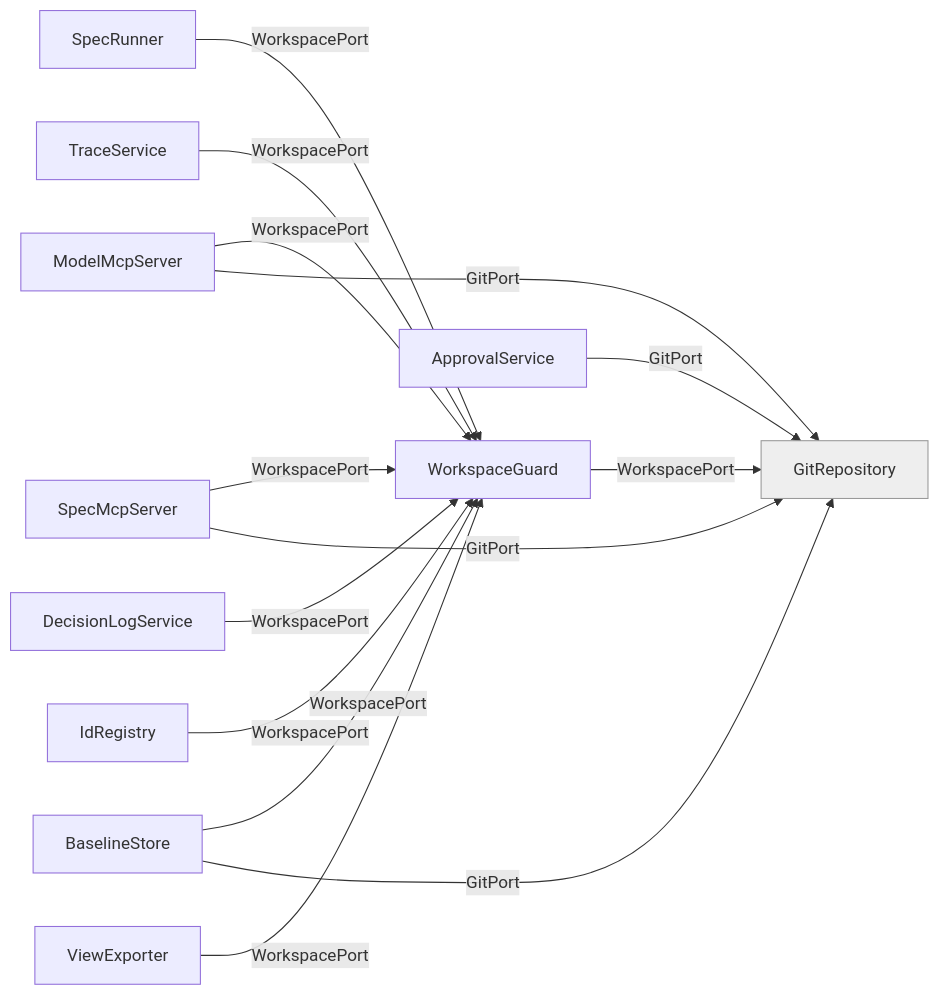
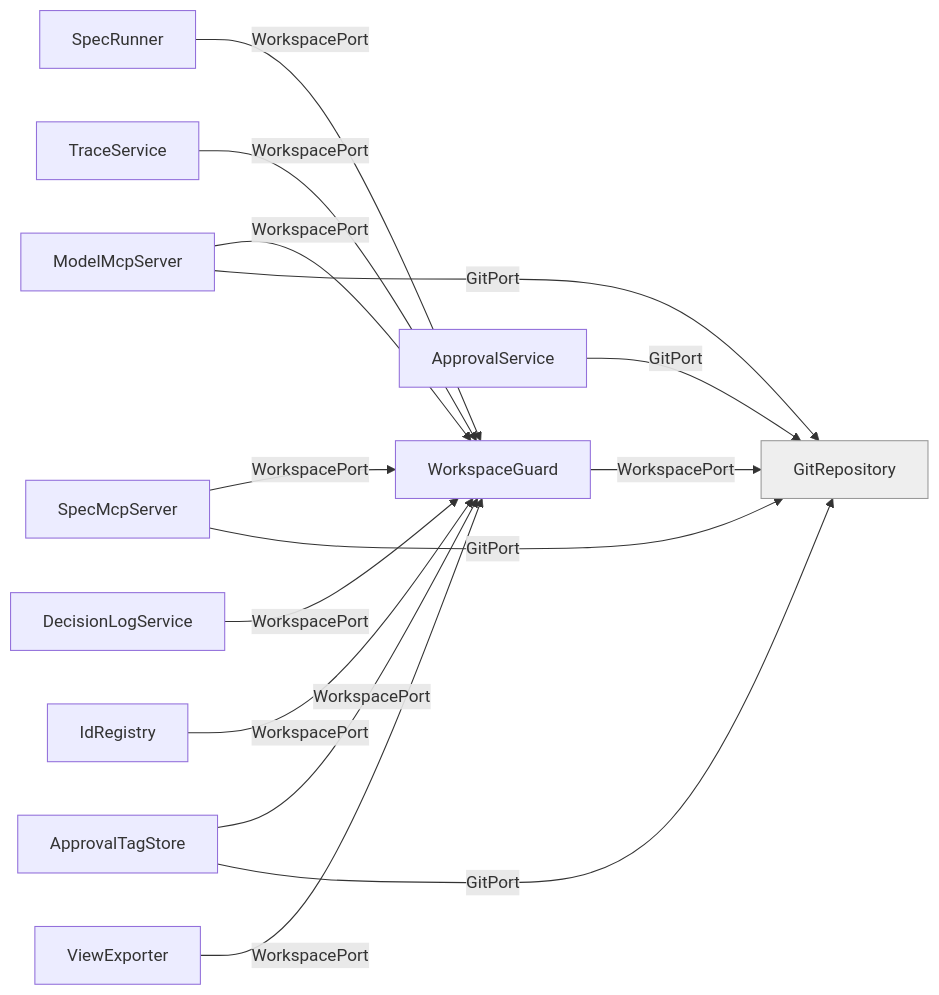
The diagram in docs/diagrams/01d_view_storage.mmd (DanielLockau-MLPA/specflow), drawn with Mermaid before and after one commit. The commit also changed 18 other files, not shown here.

Commit message:
Architecture: BaselineStore becomes ApprovalTagStore; regenerate diagrams and docs/diagrams.md

```diff
--- a/docs/diagrams/01d_view_storage.mmd
+++ b/docs/diagrams/01d_view_storage.mmd
@@ -1,26 +1,26 @@
 flowchart LR
   modelMcp["ModelMcpServer"]
   workspaceGuard["WorkspaceGuard"]
   specMcp["SpecMcpServer"]
   specRunner["SpecRunner"]
   traceService["TraceService"]
-  baselineStore["BaselineStore"]
+  tagStore["ApprovalTagStore"]
   decisionLog["DecisionLogService"]
   idRegistry["IdRegistry"]
   viewExporter["ViewExporter"]
   repo["GitRepository"]
   approvalService["ApprovalService"]
   modelMcp -->|WorkspacePort| workspaceGuard
   specMcp -->|WorkspacePort| workspaceGuard
   specRunner -->|WorkspacePort| workspaceGuard
   traceService -->|WorkspacePort| workspaceGuard
-  baselineStore -->|WorkspacePort| workspaceGuard
+  tagStore -->|WorkspacePort| workspaceGuard
   decisionLog -->|WorkspacePort| workspaceGuard
   idRegistry -->|WorkspacePort| workspaceGuard
   viewExporter -->|WorkspacePort| workspaceGuard
   workspaceGuard -->|WorkspacePort| repo
   modelMcp -->|GitPort| repo
   specMcp -->|GitPort| repo
   approvalService -->|GitPort| repo
-  baselineStore -->|GitPort| repo
+  tagStore -->|GitPort| repo
   style repo fill:#eee,stroke:#999
```
